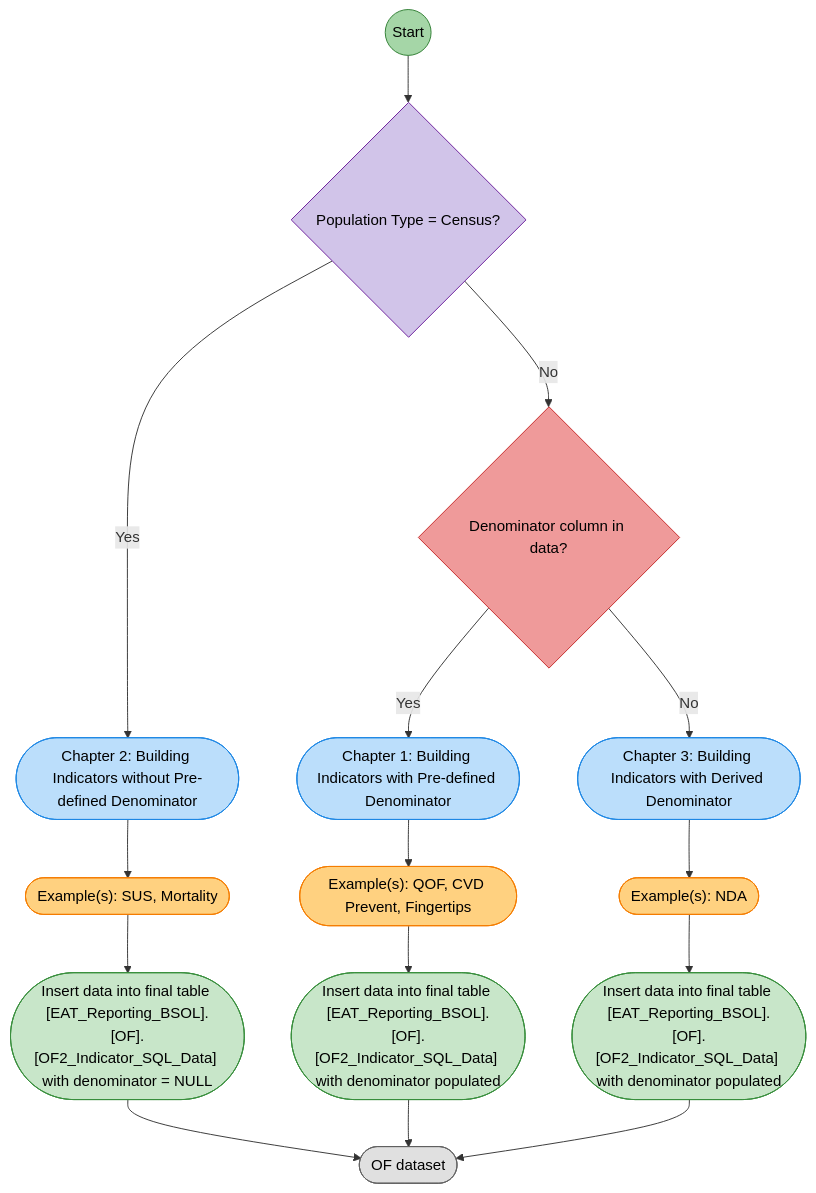
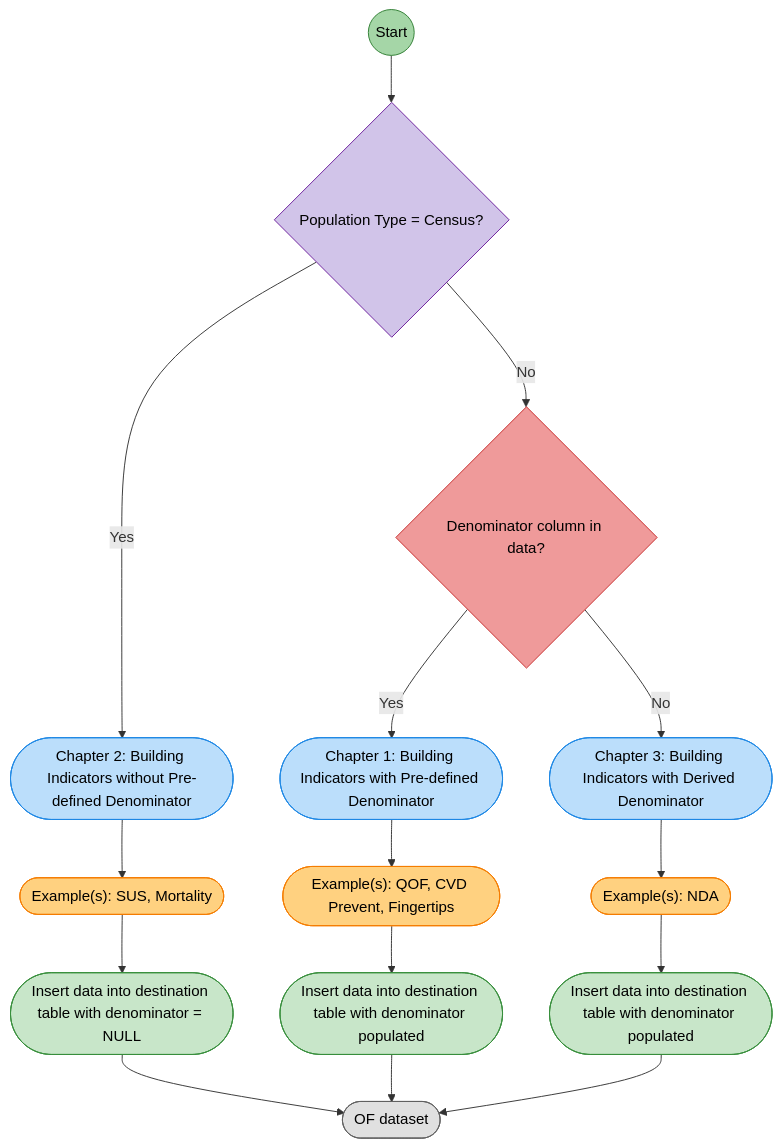
Before and after one commit to chrismainey/2_BSOL_Outcomes_Framework: the diagram in R/OF_process_documentation.qmd, drawn with Mermaid. The commit also changed other lines of this file, not shown here.

````diff
--- a/R/OF_process_documentation.qmd
+++ b/R/OF_process_documentation.qmd
@@ -114,52 +121,52 @@
 ```{mermaid}
 
 flowchart TB
 A((Start))
 B{"Population Type = Census?"}
 C{"Denominator column in data?"}
 
 L1(["Chapter 2: Building Indicators without Pre-defined Denominator"])
 L2(["Example(s): SUS, Mortality"])
-L3(["Insert data into final table [EAT_Reporting_BSOL].[OF].[OF2_Indicator_SQL_Data] with denominator = NULL "])
+L3(["Insert data into destination table with denominator = NULL "])
 L4(["OF dataset"])
 
 M1(["Chapter 1: Building Indicators with Pre-defined Denominator"])
 M2(["Example(s): QOF, CVD Prevent, Fingertips"])
-M3(["Insert data into final table [EAT_Reporting_BSOL].[OF].[OF2_Indicator_SQL_Data] with denominator populated"])
+M3(["Insert data into destination table with denominator populated"])
 
 R1(["Chapter 3: Building Indicators with Derived Denominator"])
 R2(["Example(s): NDA"])
-R3(["Insert data into final table [EAT_Reporting_BSOL].[OF].[OF2_Indicator_SQL_Data] with denominator populated"])
+R3(["Insert data into destination table with denominator populated"])
 
 A --> B
 B -- "Yes" --> L1
 B -- "No" --> C
 C -- "Yes" --> M1
 C -- "No" --> R1
 R1 --> R2
 R2 --> R3
 R3 --> L4
 L1 --> L2
 L2 --> L3
 L3 --> L4
 M1 --> M2
 M2 --> M3
 M3 --> L4
 
 classDef start fill:#A5D6A7,stroke:#2E7D32,stroke-width:1px,color:#000
 classDef decision1 fill:#D1C4E9,stroke:#6A1B9A,stroke-width:1px,color:#000
 classDef decision2 fill:#EF9A9A,stroke:#C62828,stroke-width:1px,color:#000
 classDef step fill:#BBDEFB,stroke:#1E88E5,stroke-width:1px,color:#000
 classDef orange fill:#FFD180,stroke:#F57C00,stroke-width:1px,color:#000
 classDef green fill:#C8E6C9,stroke:#388E3C,stroke-width:1px,color:#000
 classDef grey fill:#E0E0E0,stroke:#616161,stroke-width:1px,color:#000
 
 class A start
 class B decision1
 class C decision2
 class L1,M1,R1 step
 class L2,M2,R2 orange
 class L3,M3,R3 green
 class L4 grey
 
 ```
````
